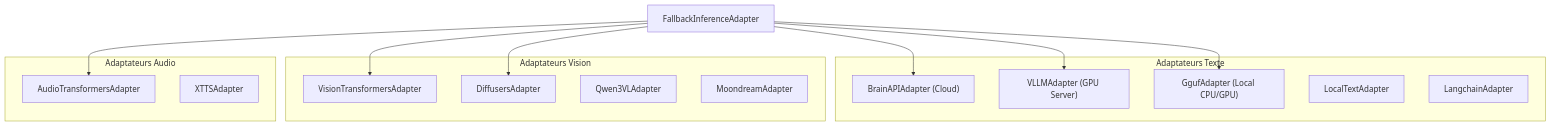
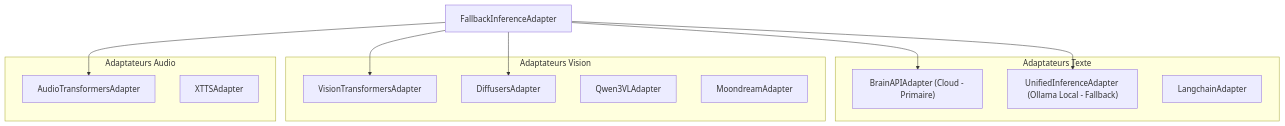
One commit to MissawB/Animetix changed the second of 4 diagrams in docs/ARCHITECTURE.md. Above: the diagram before and after it, drawn with Mermaid. The commit also changed other lines of this file and 129 other files, not shown here.

````diff
--- a/docs/ARCHITECTURE.md
+++ b/docs/ARCHITECTURE.md
@@ -98,31 +98,28 @@
 ```mermaid
 graph TD
     FallbackAdapter["FallbackInferenceAdapter"]
     
     subgraph Adaptateurs Texte
-        BrainAPI["BrainAPIAdapter (Cloud)"]
-        VLLM["VLLMAdapter (GPU Server)"]
-        GGUF["GgufAdapter (Local CPU/GPU)"]
-        LocalText["LocalTextAdapter"]
+        BrainAPI["BrainAPIAdapter (Cloud - Primaire)"]
+        Ollama["UnifiedInferenceAdapter (Ollama Local - Fallback)"]
         Langchain["LangchainAdapter"]
     end
     
     subgraph Adaptateurs Vision
         VisionTF["VisionTransformersAdapter"]
         Diffusers["DiffusersAdapter"]
         Qwen3VL["Qwen3VLAdapter"]
         Moondream["MoondreamAdapter"]
     end
     
     subgraph Adaptateurs Audio
         AudioTF["AudioTransformersAdapter"]
         XTTS["XTTSAdapter"]
     end
     
     FallbackAdapter --> BrainAPI
-    FallbackAdapter --> VLLM
-    FallbackAdapter --> GGUF
+    FallbackAdapter --> Ollama
     FallbackAdapter --> VisionTF
     FallbackAdapter --> Diffusers
     FallbackAdapter --> AudioTF
 ```
````
